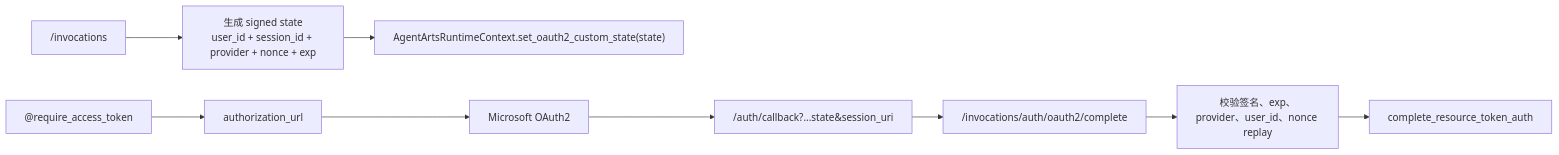
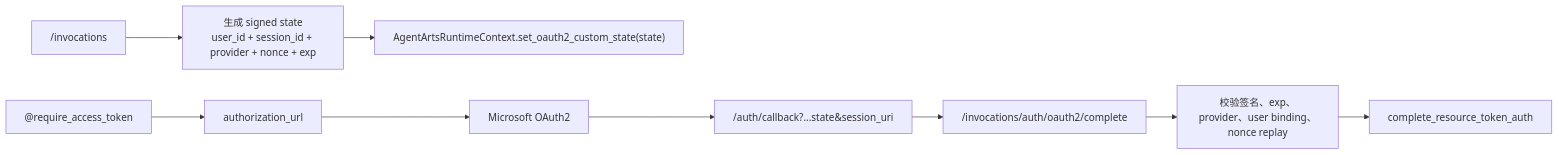
The second of 3 diagrams in personal-assistant-meta/issues/features/feature-15-calendar-agentarts-full-oauth2/plan.md (T-1009/personal-assistant), drawn with Mermaid before and after one commit. The commit also changed other lines of this file and 1 other file, not shown here.

````diff
--- a/personal-assistant-meta/issues/features/feature-15-calendar-agentarts-full-oauth2/plan.md
+++ b/personal-assistant-meta/issues/features/feature-15-calendar-agentarts-full-oauth2/plan.md
@@ -135,11 +138,11 @@
 ```mermaid
 flowchart LR
     Inv["/invocations"] --> State["生成 signed state<br/>user_id + session_id + provider + nonce + exp"]
     State --> Ctx["AgentArtsRuntimeContext.set_oauth2_custom_state(state)"]
     SDK["@require_access_token"] --> AuthURL["authorization_url"]
     AuthURL --> Browser["Microsoft OAuth2"]
     Browser --> Callback["/auth/callback?...state&session_uri"]
     Callback --> Complete["/invocations/auth/oauth2/complete"]
-    Complete --> Verify["校验签名、exp、provider、user_id、nonce replay"]
+    Complete --> Verify["校验签名、exp、provider、user binding、nonce replay"]
     Verify --> IdSvc["complete_resource_token_auth"]
 ```
````
